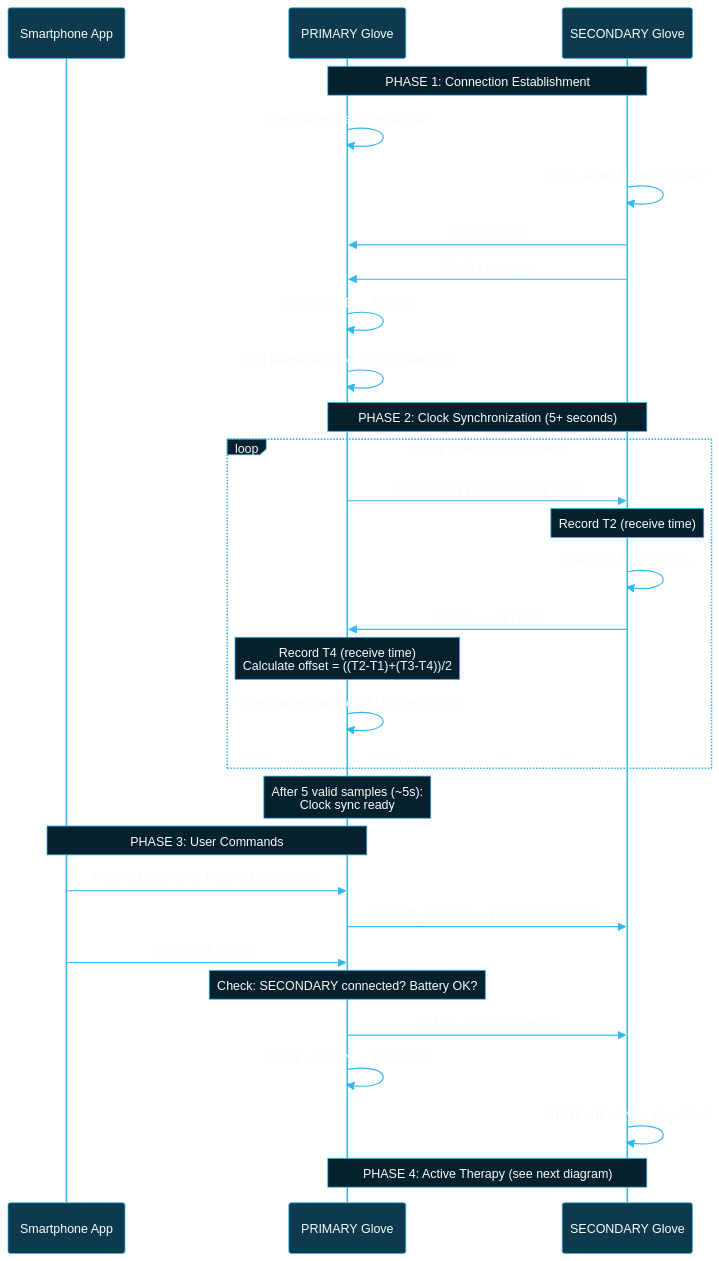
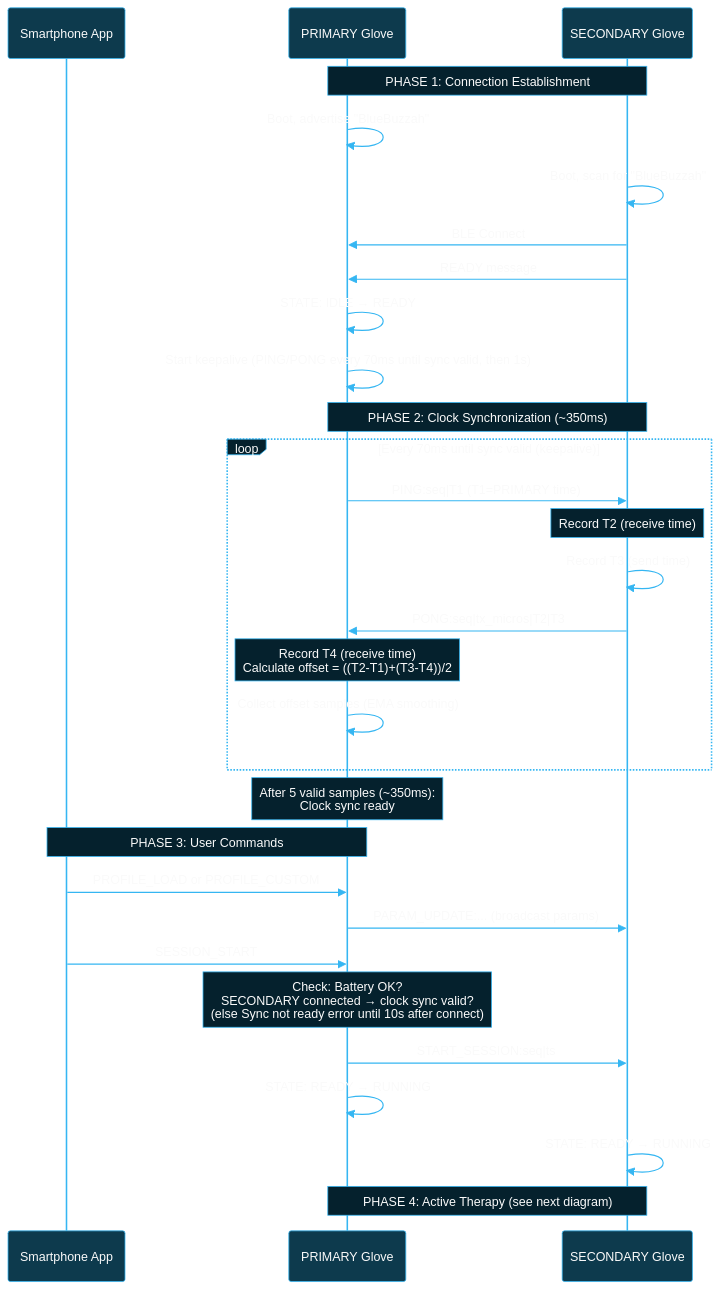
Before and after one commit to BlueBuzzah/BlueBuzzah-Firmware: the second of 11 diagrams in docs/THERAPY_SESSION_FLOW.md, drawn with Mermaid. The commit also changed other lines of this file and 7 other files, not shown here.

````diff
--- a/docs/THERAPY_SESSION_FLOW.md
+++ b/docs/THERAPY_SESSION_FLOW.md
@@ -101,62 +101,62 @@
 ```mermaid
 %%{init: {'theme': 'base', 'themeVariables': {
   'primaryColor': '#0d3a4d',
   'primaryTextColor': '#fafafa',
   'primaryBorderColor': '#35B6F2',
   'lineColor': '#35B6F2',
   'secondaryColor': '#05212D',
   'tertiaryColor': '#0a0a0a',
   'background': '#0a0a0a',
   'actorBkg': '#0d3a4d',
   'actorBorder': '#35B6F2',
   'actorTextColor': '#fafafa',
   'actorLineColor': '#35B6F2',
   'signalColor': '#35B6F2',
   'signalTextColor': '#fafafa',
   'labelBoxBkgColor': '#05212D',
   'labelBoxBorderColor': '#35B6F2',
   'labelTextColor': '#fafafa',
   'loopTextColor': '#fafafa',
   'noteBkgColor': '#05212D',
   'noteBorderColor': '#35B6F2',
   'noteTextColor': '#fafafa',
   'activationBkgColor': '#0d3a4d',
   'activationBorderColor': '#35B6F2',
   'sequenceNumberColor': '#fafafa'
 }}}%%
 sequenceDiagram
     participant APP as Smartphone App
     participant P as PRIMARY Glove
     participant S as SECONDARY Glove
 
     Note over P,S: PHASE 1: Connection Establishment
     P->>P: Boot, advertise "BlueBuzzah"
     S->>S: Boot, scan for "BlueBuzzah"
     S->>P: BLE Connect
     S->>P: READY message
     P->>P: STATE: IDLE → READY
-    P->>P: Start keepalive (PING/PONG every 1s)
+    P->>P: Start keepalive (PING/PONG every 70ms until sync valid, then 1s)
 
-    Note over P,S: PHASE 2: Clock Synchronization (5+ seconds)
-    loop Every 1 second (keepalive)
+    Note over P,S: PHASE 2: Clock Synchronization (~350ms)
+    loop Every 70ms until sync valid (keepalive)
         P->>S: PING:seq|T1 (T1=PRIMARY time)
         Note over S: Record T2 (receive time)
         S->>S: Record T3 (send time)
-        S->>P: PONG:seq|0|T2|T3
+        S->>P: PONG:seq|tx_micros|T2|T3
         Note over P: Record T4 (receive time)<br/>Calculate offset = ((T2-T1)+(T3-T4))/2
         P->>P: Collect offset samples (EMA smoothing)
     end
-    Note over P: After 5 valid samples (~5s):<br/>Clock sync ready
+    Note over P: After 5 valid samples (~350ms):<br/>Clock sync ready
 
     Note over APP,P: PHASE 3: User Commands
     APP->>P: PROFILE_LOAD or PROFILE_CUSTOM
     P->>S: PARAM_UPDATE:... (broadcast params)
 
     APP->>P: SESSION_START
-    Note over P: Check: SECONDARY connected? Battery OK?
+    Note over P: Check: Battery OK?<br/>SECONDARY connected → clock sync valid?<br/>(else Sync not ready error until 10s after connect)
     P->>S: START_SESSION:seq|ts
     P->>P: STATE: READY → RUNNING
     S->>S: STATE: READY → RUNNING
 
     Note over P,S: PHASE 4: Active Therapy (see next diagram)
 ```
````
